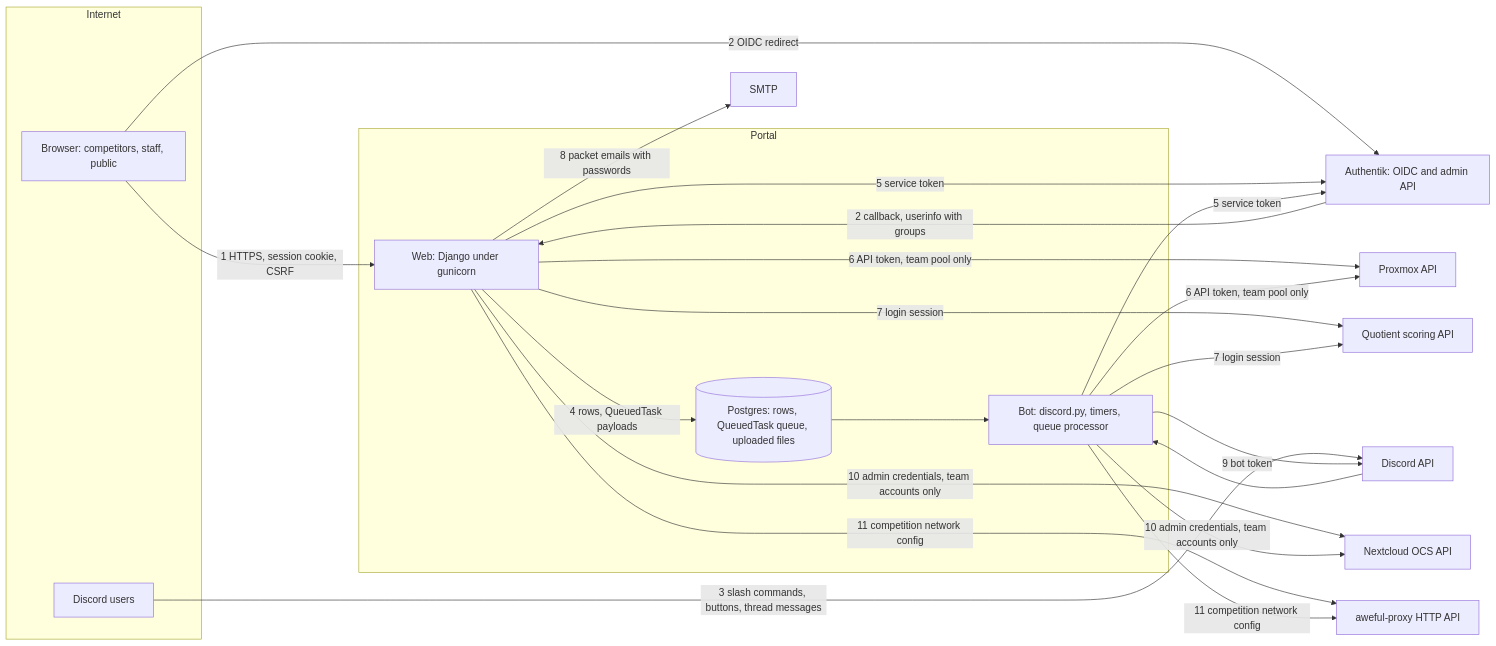
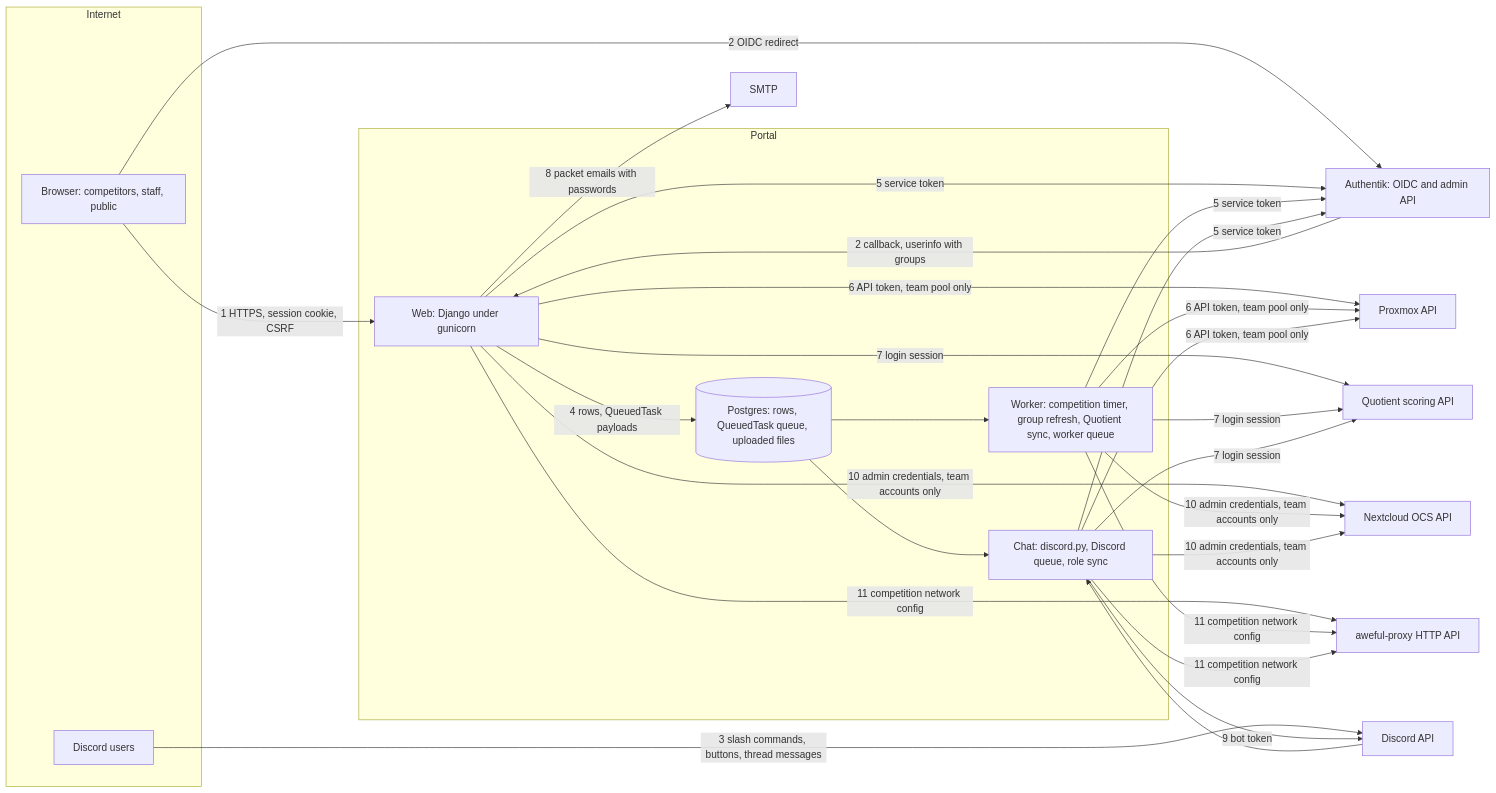
The diagram in THREAT_MODEL.md (wccomps/wccomps-portal), drawn with Mermaid before and after one commit. The commit also changed other lines of this file and 25 other files, not shown here.

Commit message:
Name heartbeats once, follow group changes from the chat process, and tidy the process entry points

````diff
--- a/THREAT_MODEL.md
+++ b/THREAT_MODEL.md
@@ -48,32 +50,33 @@
 ```mermaid
 flowchart LR
     subgraph Internet
         B[Browser: competitors, staff, public]
         D[Discord users]
     end
     subgraph Portal
         W[Web: Django under gunicorn]
         Q[(Postgres: rows, QueuedTask queue, uploaded files)]
-        T[Bot: discord.py, timers, queue processor]
+        K[Worker: competition timer, group refresh, Quotient sync, worker queue]
+        C[Chat: discord.py, Discord queue, role sync]
     end
     A[Authentik: OIDC and admin API]
     P[Proxmox API]
     S[Quotient scoring API]
     N[Nextcloud OCS API]
     X[aweful-proxy HTTP API]
     M[SMTP]
     G[Discord API]
     B -- "1 HTTPS, session cookie, CSRF" --> W
     B -- "2 OIDC redirect" --> A
     A -- "2 callback, userinfo with groups" --> W
-    D -- "3 slash commands, buttons, thread messages" --> G --> T
+    D -- "3 slash commands, buttons, thread messages" --> G --> C
     W -- "4 rows, QueuedTask payloads" --> Q
-    Q --> T
-    W & T -- "5 service token" --> A
-    W & T -- "6 API token, team pool only" --> P
-    W & T -- "7 login session" --> S
+    Q --> K & C
+    W & K & C -- "5 service token" --> A
+    W & K & C -- "6 API token, team pool only" --> P
+    W & K & C -- "7 login session" --> S
     W -- "8 packet emails with passwords" --> M
-    T -- "9 bot token" --> G
-    W & T -- "10 admin credentials, team accounts only" --> N
-    W & T -- "11 competition network config" --> X
+    C -- "9 bot token" --> G
+    W & K & C -- "10 admin credentials, team accounts only" --> N
+    W & K & C -- "11 competition network config" --> X
 ```
````
